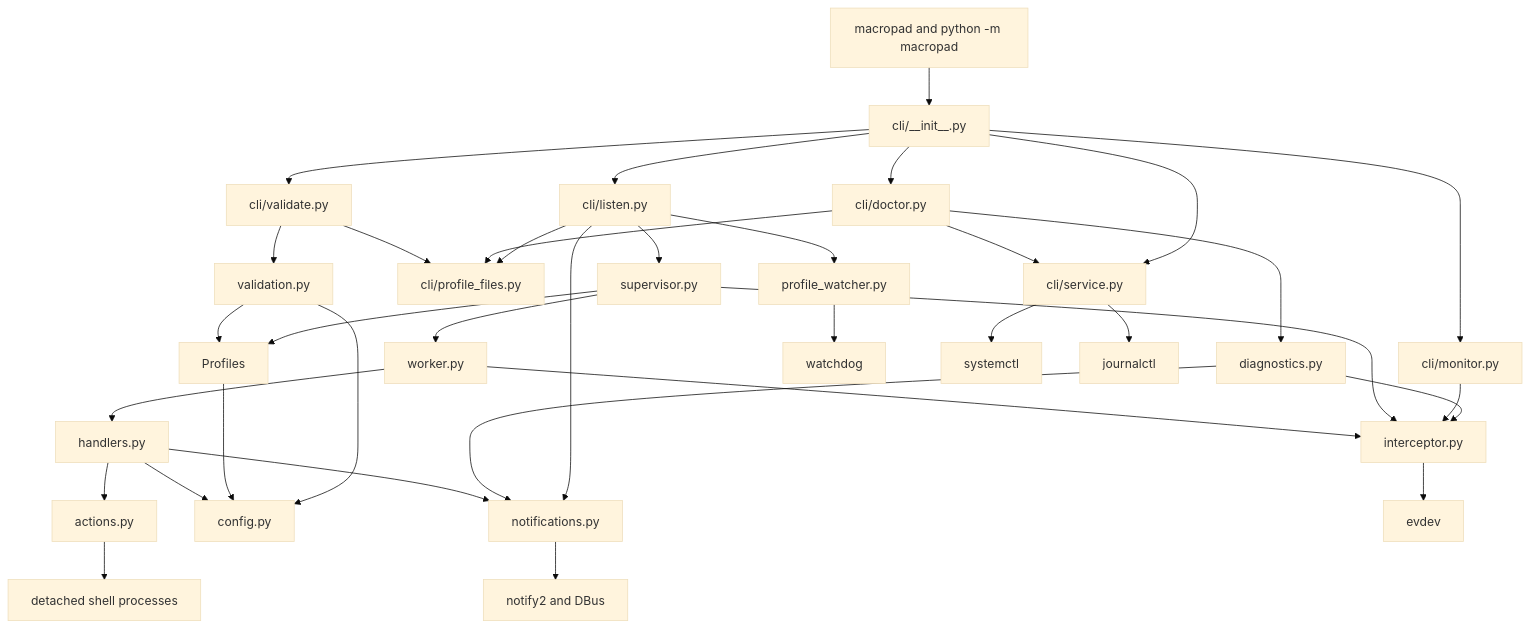
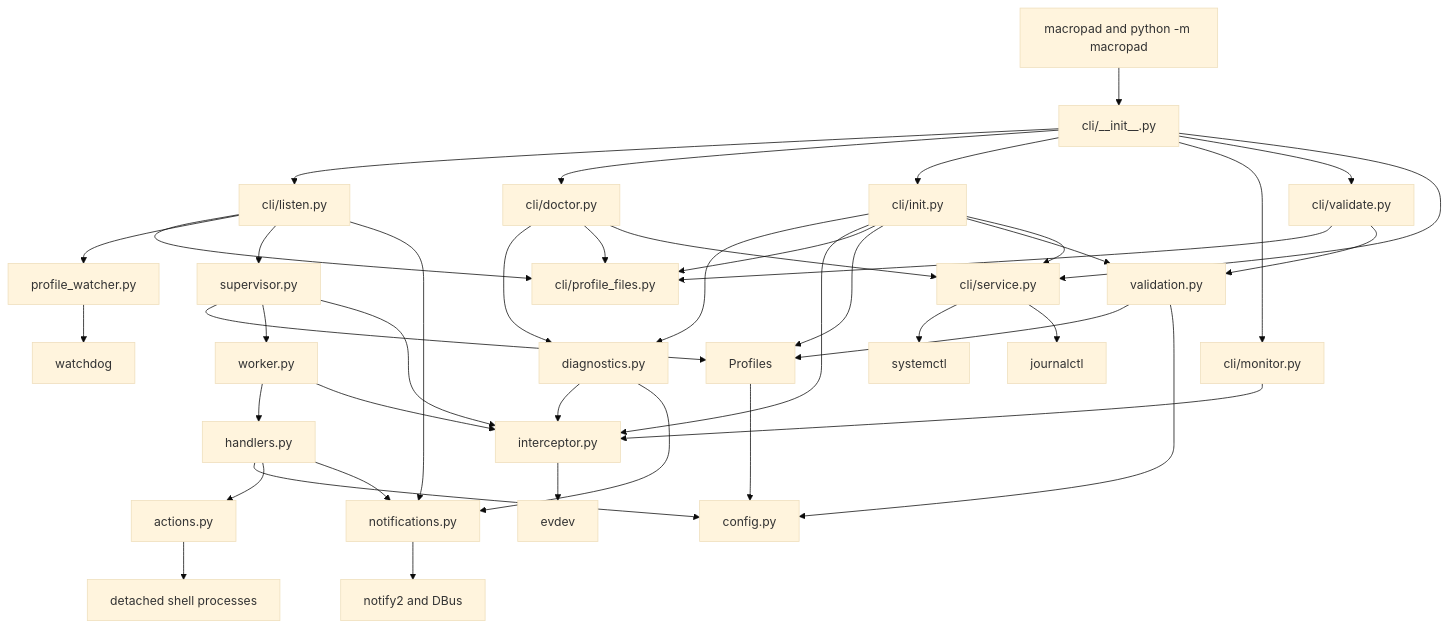
Before and after one commit to rafaelglikis/macropad: the first of 3 diagrams in src/macropad/README.md, drawn with Mermaid (base theme). The commit also changed other lines of this file and 11 other files, not shown here.

Commit message:
Add guided initialization flow

````diff
--- a/src/macropad/README.md
+++ b/src/macropad/README.md
@@ -38,47 +39,55 @@
 ```mermaid
 flowchart TD
     Entrypoints[macropad and python -m macropad] --> CLI[cli/__init__.py]
     CLI --> Listen[cli/listen.py]
     CLI --> Doctor[cli/doctor.py]
+    CLI --> Init[cli/init.py]
     CLI --> Monitor[cli/monitor.py]
     CLI --> ValidateCommand[cli/validate.py]
     CLI --> Service[cli/service.py]
 
     Listen --> ProfileFiles[cli/profile_files.py]
     Listen --> ProfileWatcher[profile_watcher.py]
     Listen --> Supervisor[supervisor.py]
     Listen --> Notifications[notifications.py]
 
     Doctor --> Diagnostics[diagnostics.py]
     Doctor --> ProfileFiles
     Doctor --> Service
     Diagnostics --> Interceptor[interceptor.py]
     Diagnostics --> Notifications
+
+    Init --> Diagnostics
+    Init --> Interceptor
+    Init --> ProfileFiles
+    Init --> Profiles
+    Init --> Validation
+    Init --> Service
 
     Monitor --> Interceptor
 
     ValidateCommand --> ProfileFiles
     ValidateCommand --> Validation[validation.py]
 
     Supervisor --> Profiles
     Supervisor --> Worker[worker.py]
     Supervisor --> Interceptor
 
     Validation --> Profiles
     Validation --> Config
     Profiles --> Config[config.py]
     ProfileWatcher --> Watchdog[watchdog]
     Service --> Systemd[systemctl]
     Service --> Journal[journalctl]
 
     Worker --> Handler[handlers.py]
     Worker --> Interceptor
 
     Handler --> Config
     Handler --> Actions[actions.py]
     Handler --> Notifications
 
     Interceptor --> Evdev[evdev]
     Actions --> Shell[detached shell processes]
     Notifications --> Notify2[notify2 and DBus]
 ```
````
